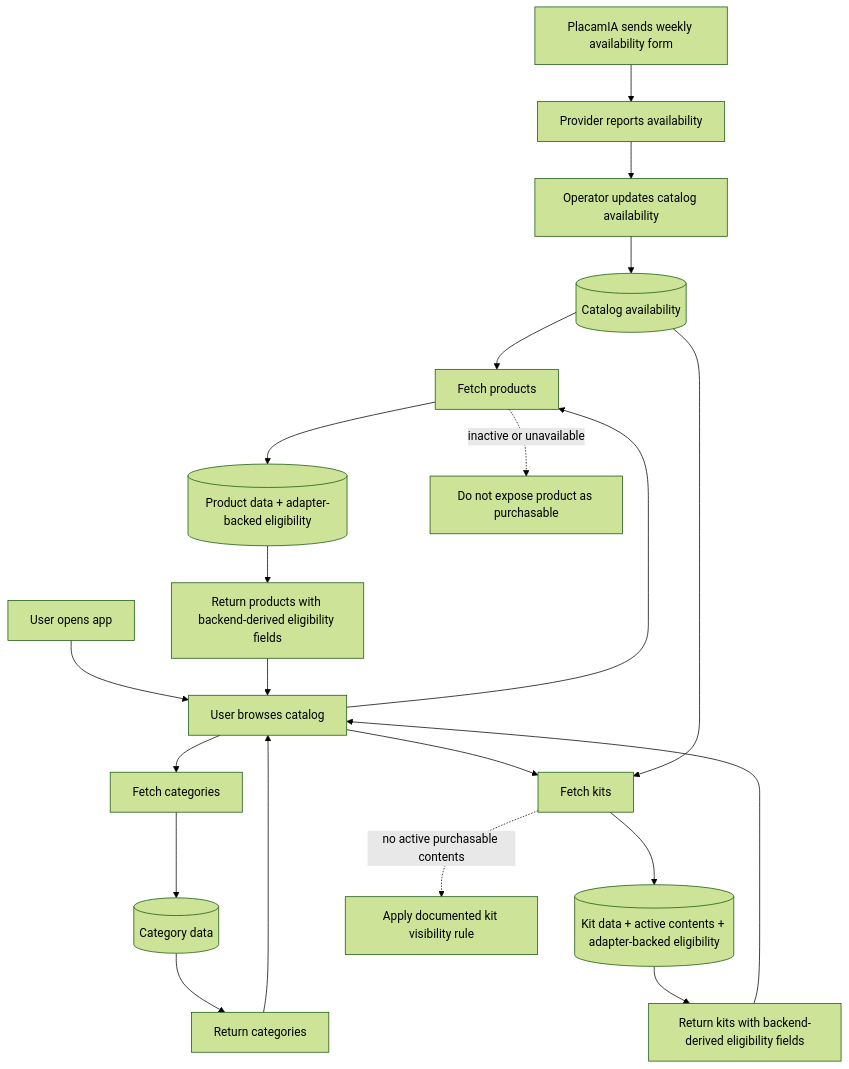
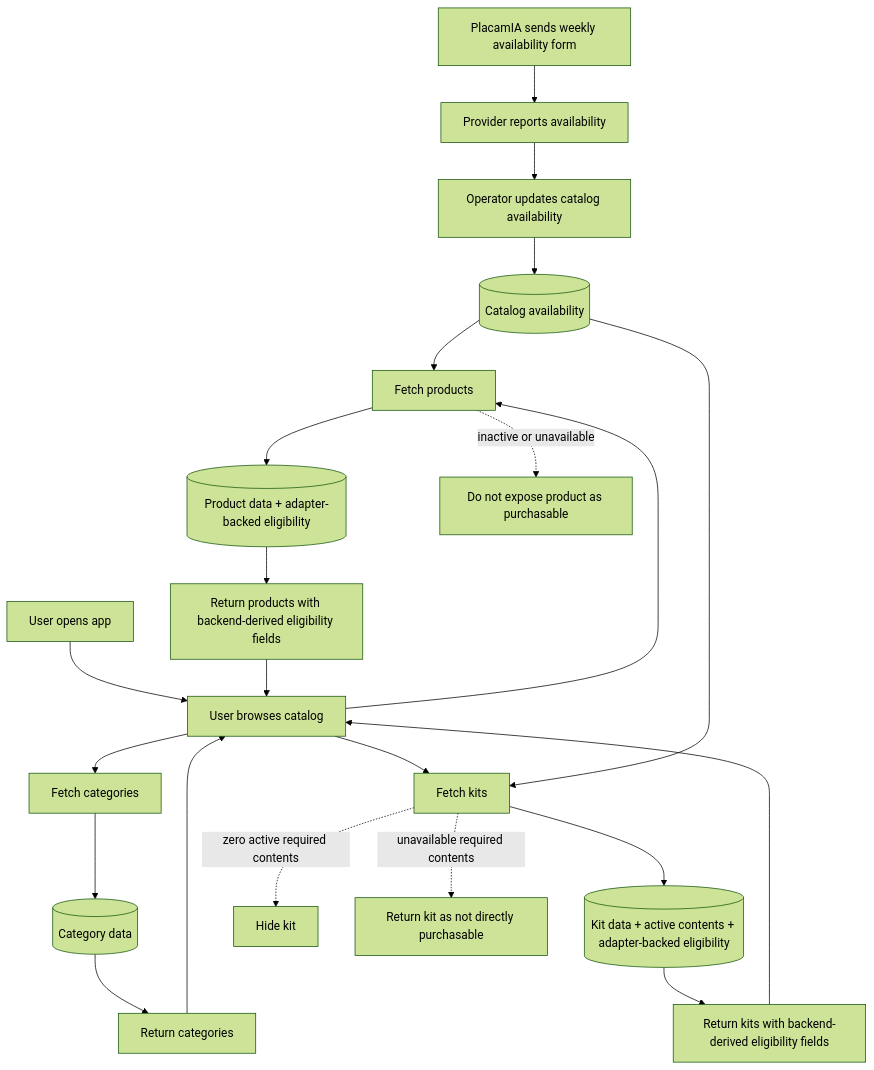
One commit to jovillal/placamia changed the diagram in docs/flows/catalog-flow.md. Above: the diagram before and after it, drawn with Mermaid (forest theme). The commit also changed other lines of this file and 2 other files, not shown here.

Commit message:
docs: define kit visibility rules

````diff
--- a/docs/flows/catalog-flow.md
+++ b/docs/flows/catalog-flow.md
@@ -17,29 +17,30 @@
 ```mermaid
 flowchart TD
     O1[PlacamIA sends weekly availability form] --> P1[Provider reports availability]
     P1 --> B0[Operator updates catalog availability]
     B0 --> D0[(Catalog availability)]
 
     U1[User opens app] --> U2[User browses catalog]
 
     U2 --> B1[Fetch categories]
     B1 --> D1[(Category data)]
     D1 --> B2[Return categories]
 
     U2 --> B3[Fetch products]
     B3 --> D2[(Product data + adapter-backed eligibility)]
     D2 --> B4[Return products with backend-derived eligibility fields]
 
     U2 --> B5[Fetch kits]
     B5 --> D3[(Kit data + active contents + adapter-backed eligibility)]
     D3 --> B6[Return kits with backend-derived eligibility fields]
 
     D0 --> B3
     D0 --> B5
     B2 --> U2
     B4 --> U2
     B6 --> U2
 
     B3 -. inactive or unavailable .-> R1[Do not expose product as purchasable]
-    B5 -. no active purchasable contents .-> R2[Apply documented kit visibility rule]
+    B5 -. zero active required contents .-> R2[Hide kit]
+    B5 -. unavailable required contents .-> R3[Return kit as not directly purchasable]
 ```
````
